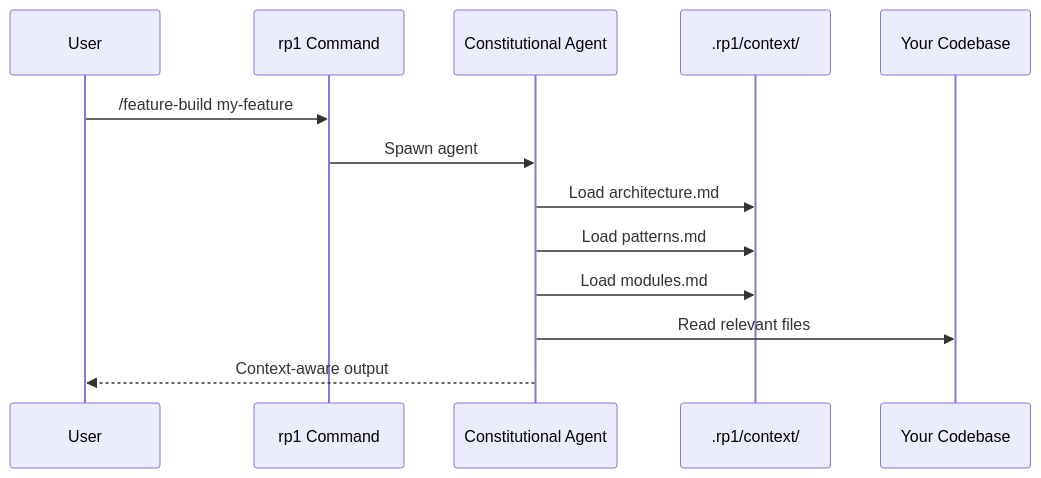
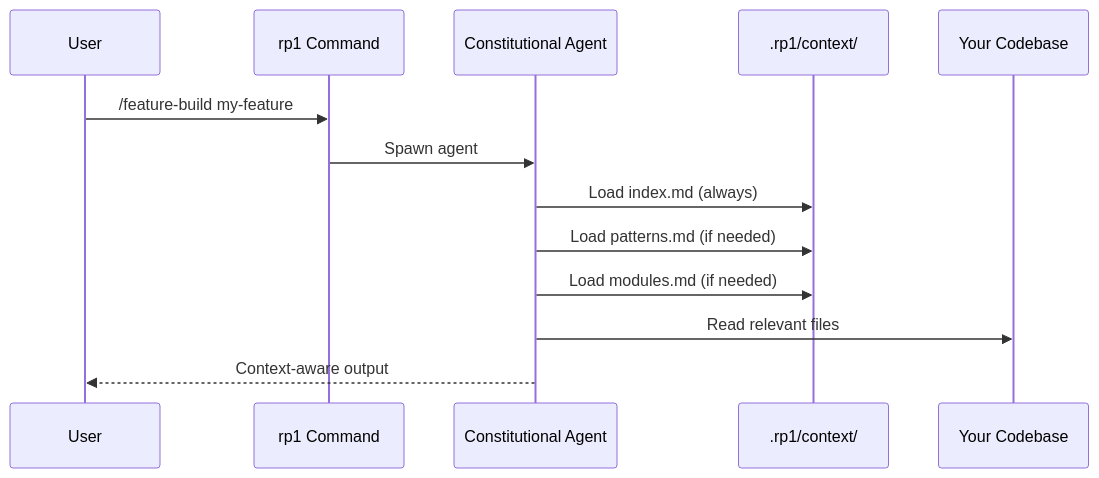
Before and after one commit to rp1-run/rp1: the second of 2 diagrams in docs/concepts/knowledge-aware-agents.md, drawn with Mermaid. The commit also changed other lines of this file and 7 other files, not shown here.

Commit message:
feat: update docs with kb aware agentic flows

````diff
--- a/docs/concepts/knowledge-aware-agents.md
+++ b/docs/concepts/knowledge-aware-agents.md
@@ -58,16 +58,16 @@
 ```mermaid
 sequenceDiagram
     participant User
     participant Cmd as rp1 Command
     participant Agent as Constitutional Agent
     participant KB as .rp1/context/
     participant Code as Your Codebase
 
     User->>Cmd: /feature-build my-feature
     Cmd->>Agent: Spawn agent
-    Agent->>KB: Load architecture.md
-    Agent->>KB: Load patterns.md
-    Agent->>KB: Load modules.md
+    Agent->>KB: Load index.md (always)
+    Agent->>KB: Load patterns.md (if needed)
+    Agent->>KB: Load modules.md (if needed)
     Agent->>Code: Read relevant files
     Agent-->>User: Context-aware output
 ```
````
